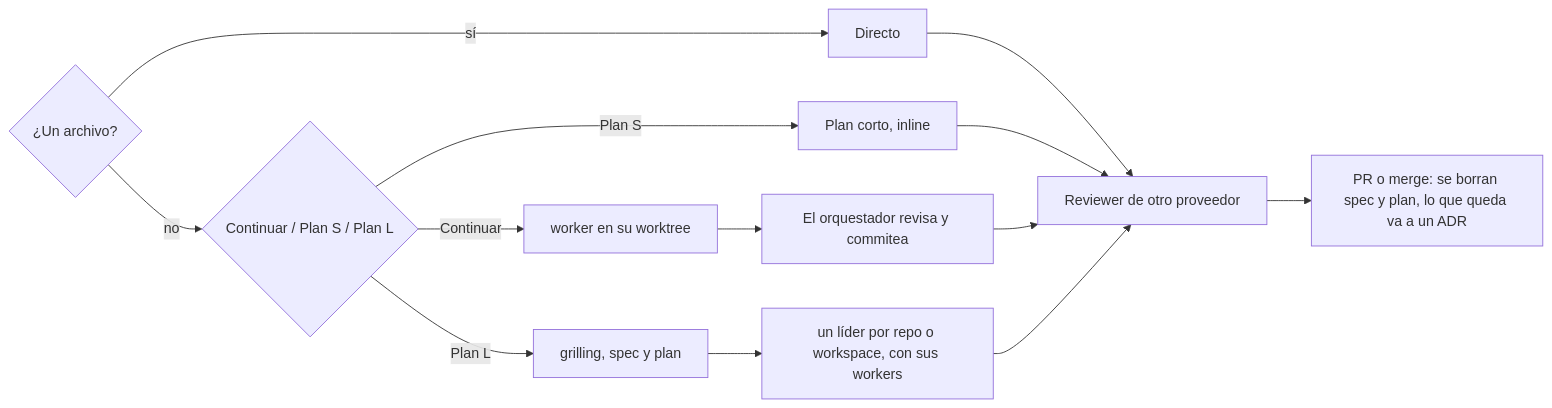
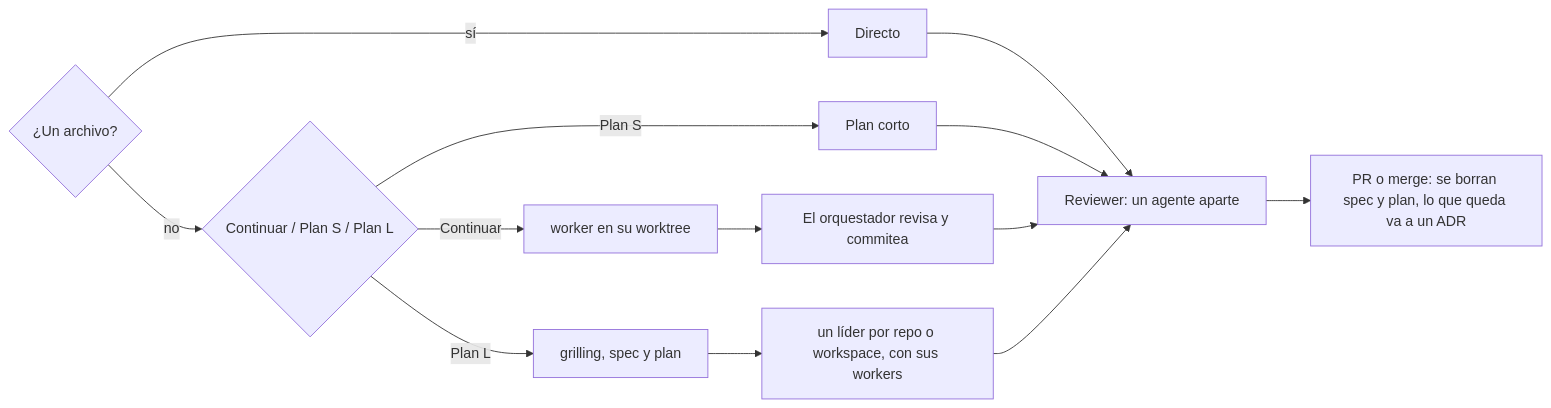
One commit to LorenGrz/agents-config changed the diagram in README.md. Above: the diagram before and after it, drawn with Mermaid. The commit also changed other lines of this file and 10 other files, not shown here.

Commit message:
feat(review): el reviewer por defecto es un agente Opus y otro proveedor queda a pedido; Plan S lanza subagentes si hacen falta (ADR 0037)

````diff
--- a/README.md
+++ b/README.md
@@ -50,10 +50,10 @@
 ```mermaid
 flowchart LR
   Q{"¿Un archivo?"} -- sí --> D[Directo]
   Q -- no --> P{"Continuar / Plan S / Plan L"}
   P -- Continuar --> W[worker en su worktree]
-  P -- Plan S --> S[Plan corto, inline]
+  P -- Plan S --> S[Plan corto]
   P -- Plan L --> G[grilling, spec y plan] --> WL[un líder por repo o workspace, con sus workers]
   W --> O[El orquestador revisa y commitea]
-  D & S & O & WL --> R[Reviewer de otro proveedor] --> M["PR o merge: se borran spec y plan, lo que queda va a un ADR"]
+  D & S & O & WL --> R[Reviewer: un agente aparte] --> M["PR o merge: se borran spec y plan, lo que queda va a un ADR"]
 ```
````
